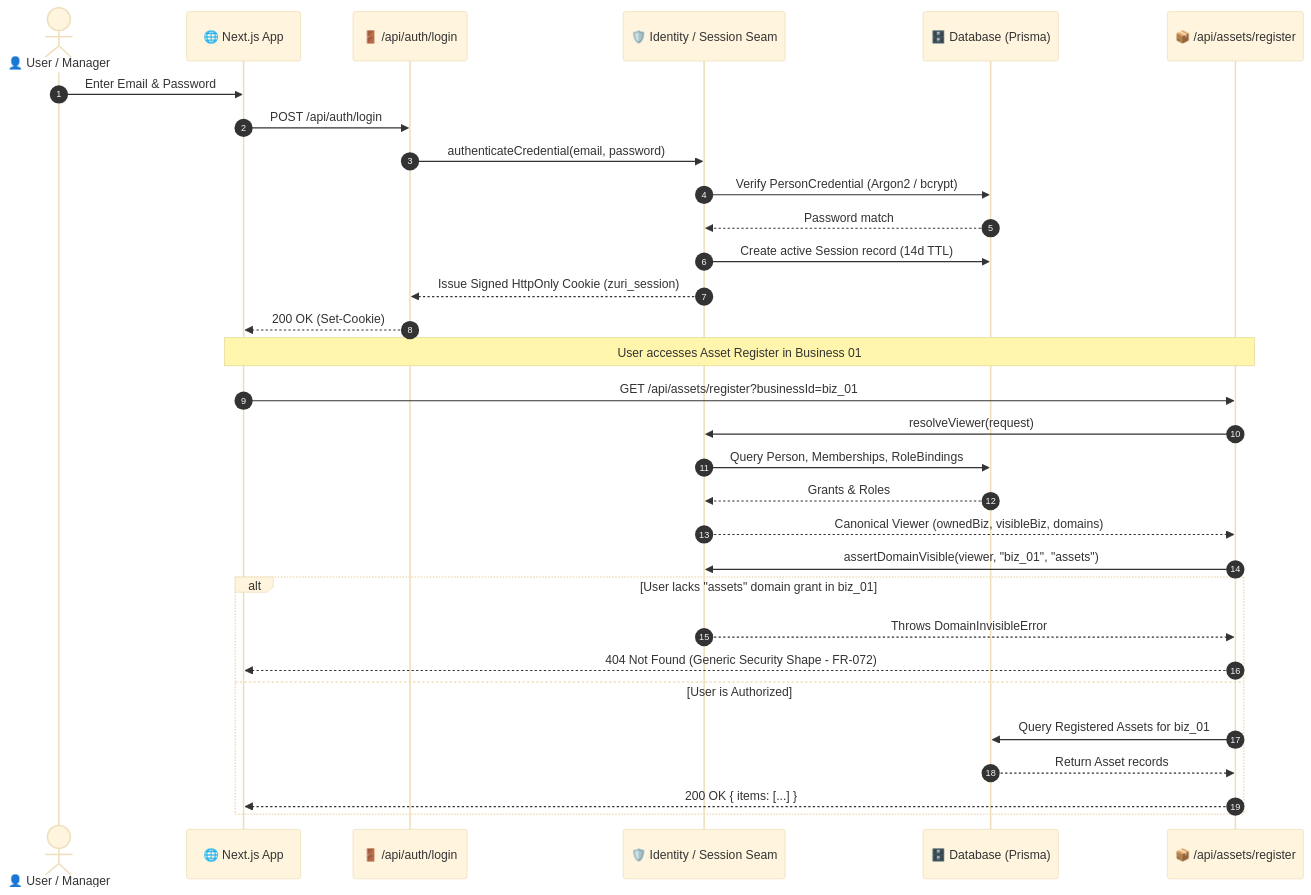
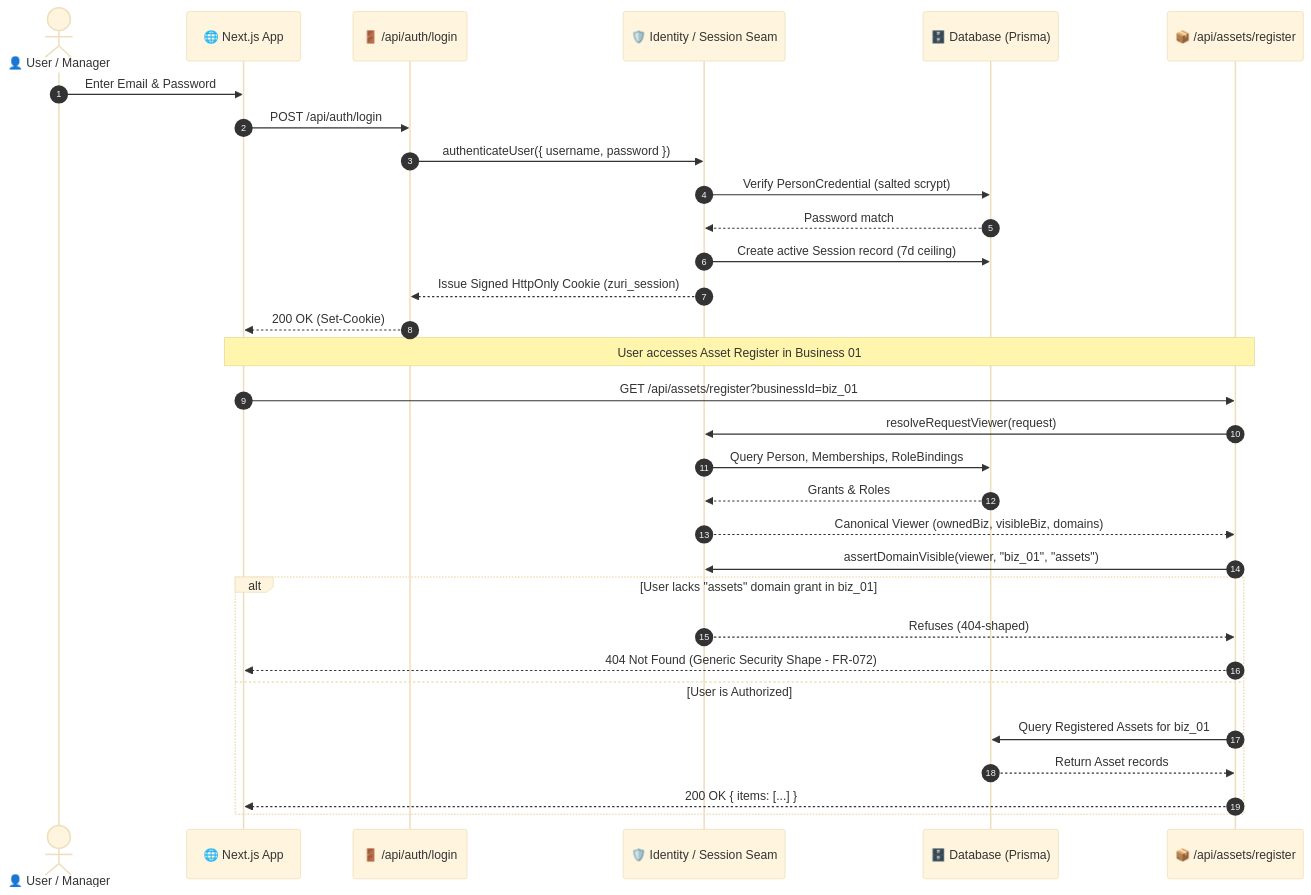
One commit to Freshair129/zuri.ai changed the second of 4 diagrams in docs/domains/identity/SYSTEM-DIAGRAM.md. Above: the diagram before and after it, drawn with Mermaid (base theme). The commit also changed other lines of this file and 17 other files, not shown here.

````diff
--- a/docs/domains/identity/SYSTEM-DIAGRAM.md
+++ b/docs/domains/identity/SYSTEM-DIAGRAM.md
@@ -129,36 +135,36 @@
 ```mermaid
 sequenceDiagram
     autonumber
     actor User as 👤 User / Manager
     participant Web as 🌐 Next.js App
     participant AuthRoute as 🚪 /api/auth/login
     participant IdentitySvc as 🛡️ Identity / Session Seam
     participant DB as 🗄️ Database (Prisma)
     participant DomainRoute as 📦 /api/assets/register
 
     User->>Web: Enter Email & Password
     Web->>AuthRoute: POST /api/auth/login
-    AuthRoute->>IdentitySvc: authenticateCredential(email, password)
-    IdentitySvc->>DB: Verify PersonCredential (Argon2 / bcrypt)
+    AuthRoute->>IdentitySvc: authenticateUser({ username, password })
+    IdentitySvc->>DB: Verify PersonCredential (salted scrypt)
     DB-->>IdentitySvc: Password match
-    IdentitySvc->>DB: Create active Session record (14d TTL)
+    IdentitySvc->>DB: Create active Session record (7d ceiling)
     IdentitySvc-->>AuthRoute: Issue Signed HttpOnly Cookie (zuri_session)
     AuthRoute-->>Web: 200 OK (Set-Cookie)
 
     Note over Web,DomainRoute: User accesses Asset Register in Business 01
     Web->>DomainRoute: GET /api/assets/register?businessId=biz_01
-    DomainRoute->>IdentitySvc: resolveViewer(request)
+    DomainRoute->>IdentitySvc: resolveRequestViewer(request)
     IdentitySvc->>DB: Query Person, Memberships, RoleBindings
     DB-->>IdentitySvc: Grants & Roles
     IdentitySvc-->>DomainRoute: Canonical Viewer (ownedBiz, visibleBiz, domains)
     
     DomainRoute->>IdentitySvc: assertDomainVisible(viewer, "biz_01", "assets")
     alt User lacks "assets" domain grant in biz_01
-        IdentitySvc-->>DomainRoute: Throws DomainInvisibleError
+        IdentitySvc-->>DomainRoute: Refuses (404-shaped)
         DomainRoute-->>Web: 404 Not Found (Generic Security Shape - FR-072)
     else User is Authorized
         DomainRoute->>DB: Query Registered Assets for biz_01
         DB-->>DomainRoute: Return Asset records
         DomainRoute-->>Web: 200 OK { items: [...] }
     end
 ```
````
